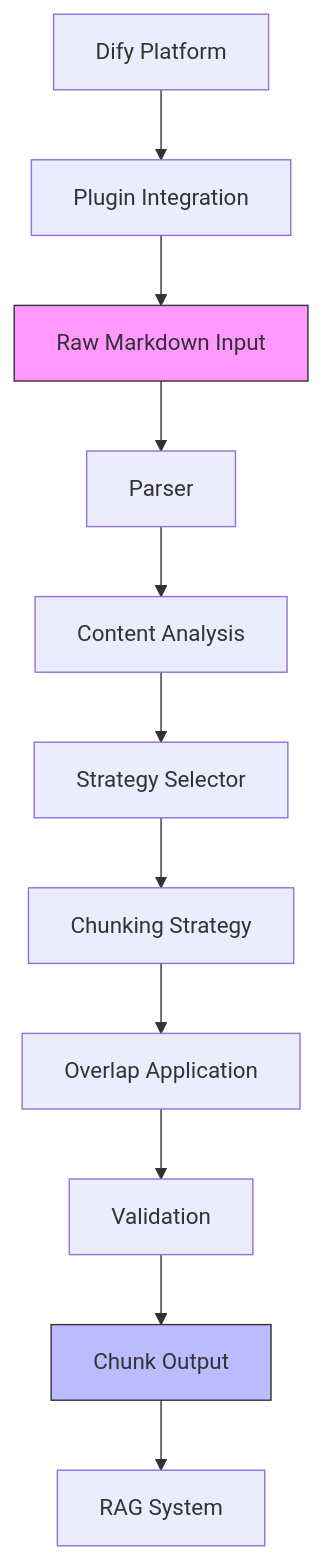
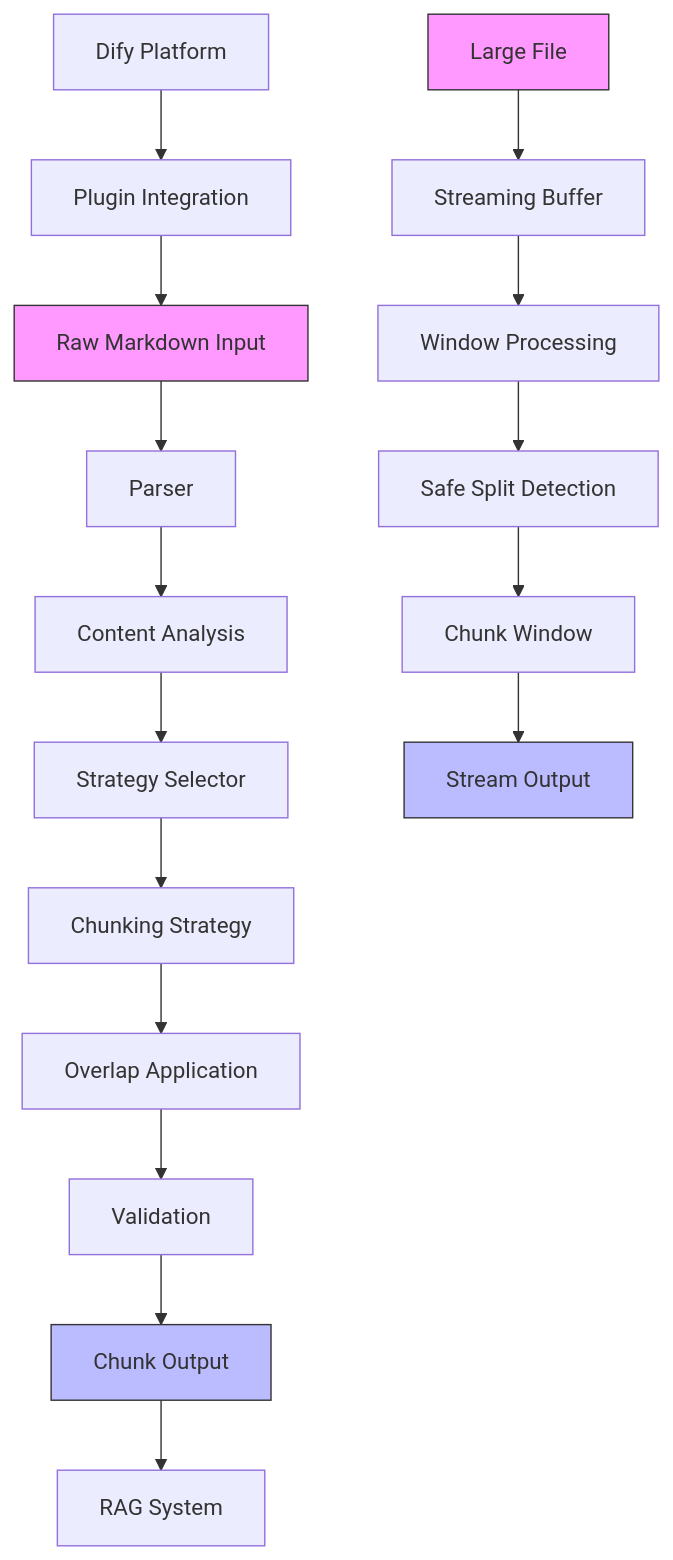
One commit to asukhodko/dify-markdown-chunker changed the second of 8 diagrams in .qoder/repowiki/en/content/Architecture/Architecture Overview.md. Above: the diagram before and after it, drawn with Mermaid. The commit also changed other lines of this file and 4 other files, not shown here.

First line of the commit message:
feat(architecture): introduce streaming architecture for large file processing

````diff
--- a/.qoder/repowiki/en/content/Architecture/Architecture Overview.md
+++ b/.qoder/repowiki/en/content/Architecture/Architecture Overview.md
@@ -94,15 +116,22 @@
 ```mermaid
 graph TD
 A[Raw Markdown Input] --> B[Parser]
 B --> C[Content Analysis]
 C --> D[Strategy Selector]
 D --> E[Chunking Strategy]
 E --> F[Overlap Application]
 F --> G[Validation]
 G --> H[Chunk Output]
 I[Dify Platform] --> J[Plugin Integration]
 J --> A
 H --> K[RAG System]
+L[Large File] --> M[Streaming Buffer]
+M --> N[Window Processing]
+N --> O[Safe Split Detection]
+O --> P[Chunk Window]
+P --> Q[Stream Output]
 style A fill:#f9f,stroke:#333
 style H fill:#bbf,stroke:#333
+style L fill:#f9f,stroke:#333
+style Q fill:#bbf,stroke:#333
 ```
````
